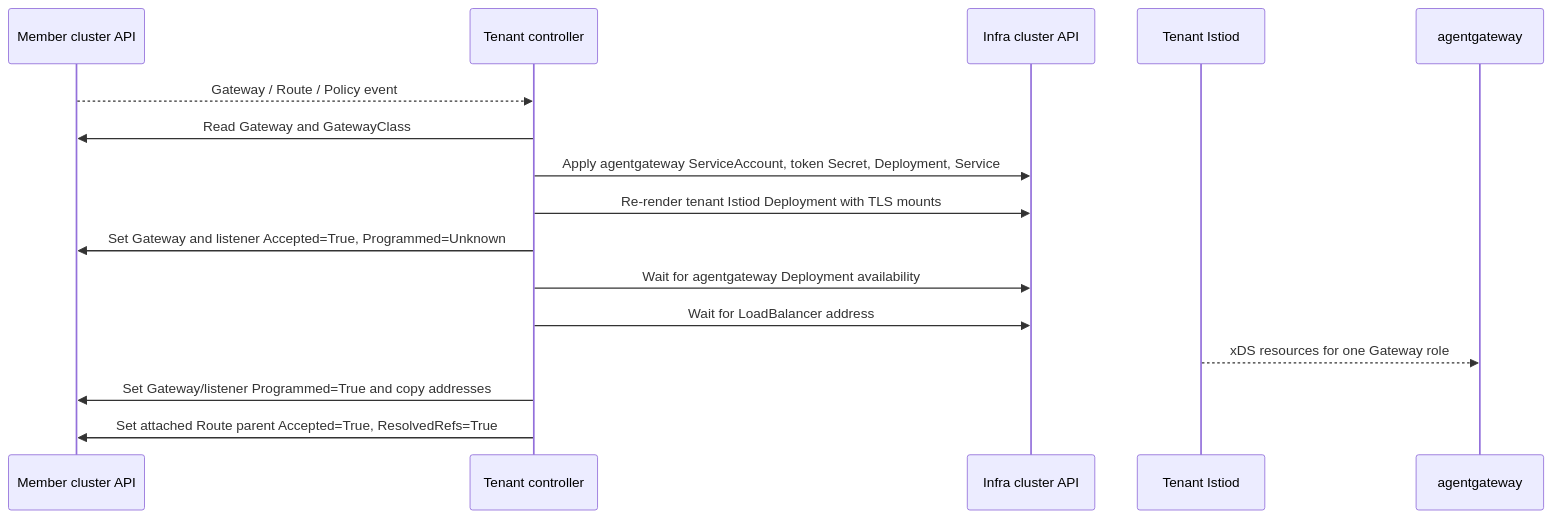
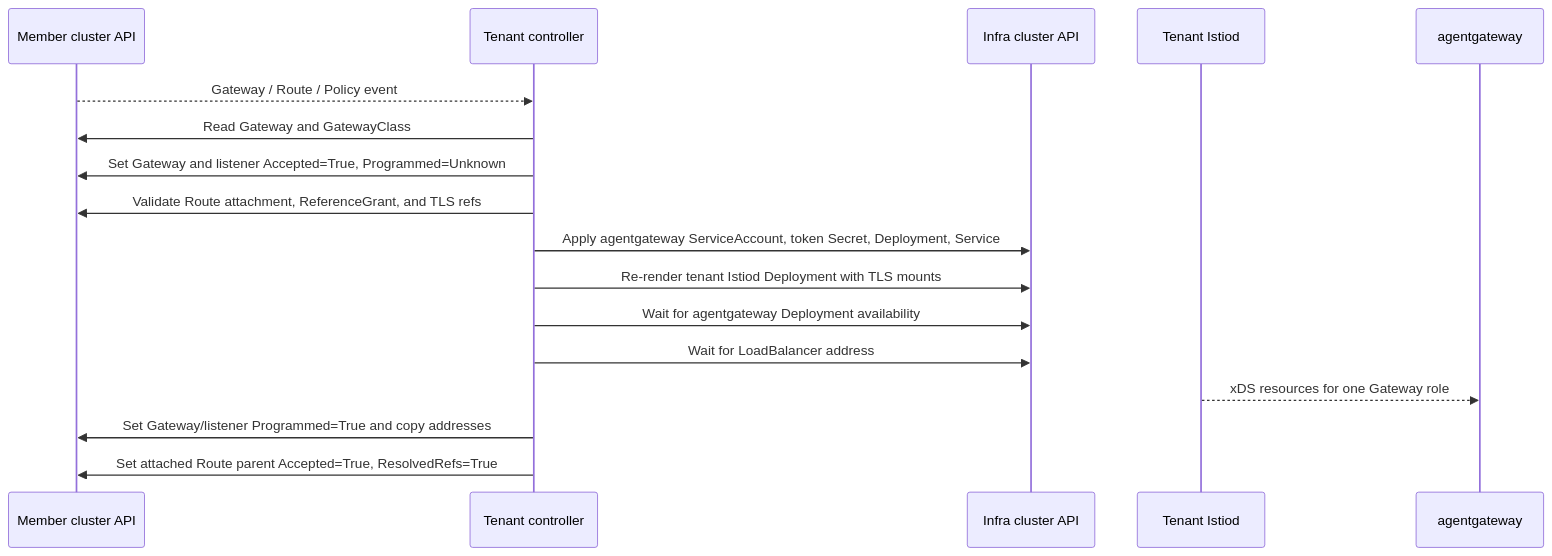
Before and after one commit to biefy/managed-gateway: the second of 4 diagrams in docs/design.md, drawn with Mermaid. The commit also changed other lines of this file and 30 other files, not shown here.

````diff
--- a/docs/design.md
+++ b/docs/design.md
@@ -81,19 +83,20 @@
 ```mermaid
 sequenceDiagram
     participant Member as Member cluster API
     participant Controller as Tenant controller
     participant Infra as Infra cluster API
     participant Istiod as Tenant Istiod
     participant Agent as agentgateway
 
     Member-->>Controller: Gateway / Route / Policy event
     Controller->>Member: Read Gateway and GatewayClass
+    Controller->>Member: Set Gateway and listener Accepted=True, Programmed=Unknown
+    Controller->>Member: Validate Route attachment, ReferenceGrant, and TLS refs
     Controller->>Infra: Apply agentgateway ServiceAccount, token Secret, Deployment, Service
     Controller->>Infra: Re-render tenant Istiod Deployment with TLS mounts
-    Controller->>Member: Set Gateway and listener Accepted=True, Programmed=Unknown
     Controller->>Infra: Wait for agentgateway Deployment availability
     Controller->>Infra: Wait for LoadBalancer address
     Istiod-->>Agent: xDS resources for one Gateway role
     Controller->>Member: Set Gateway/listener Programmed=True and copy addresses
     Controller->>Member: Set attached Route parent Accepted=True, ResolvedRefs=True
 ```
````
